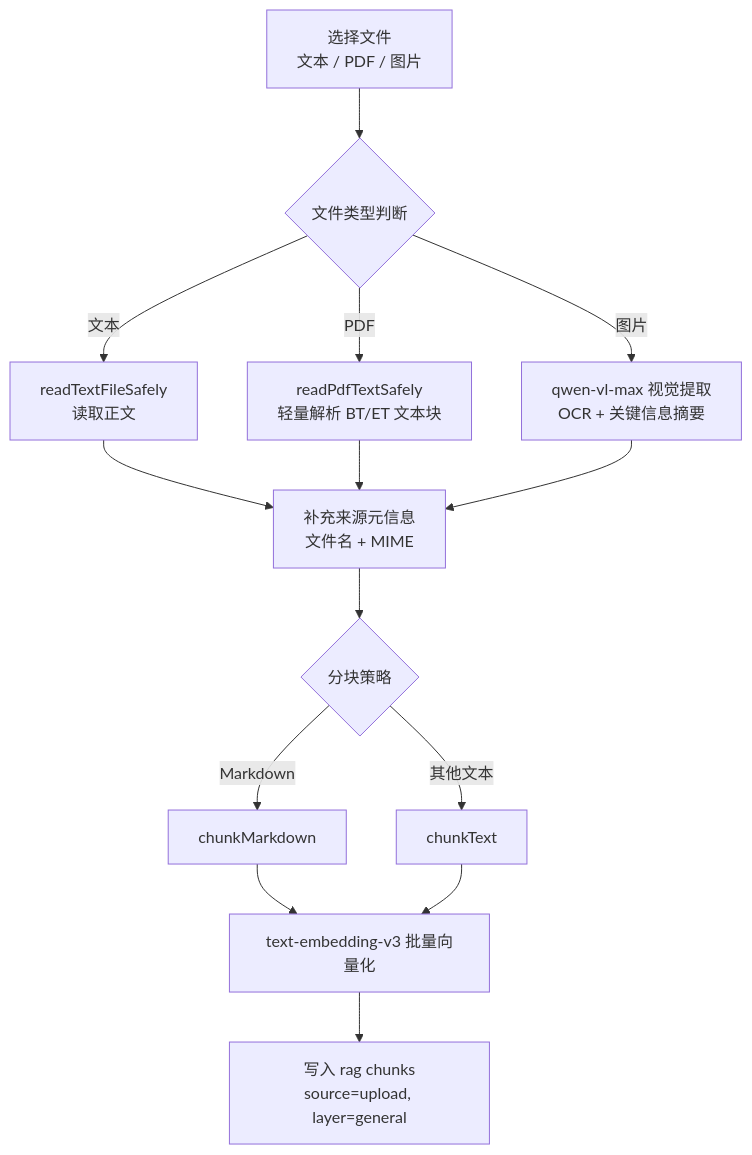
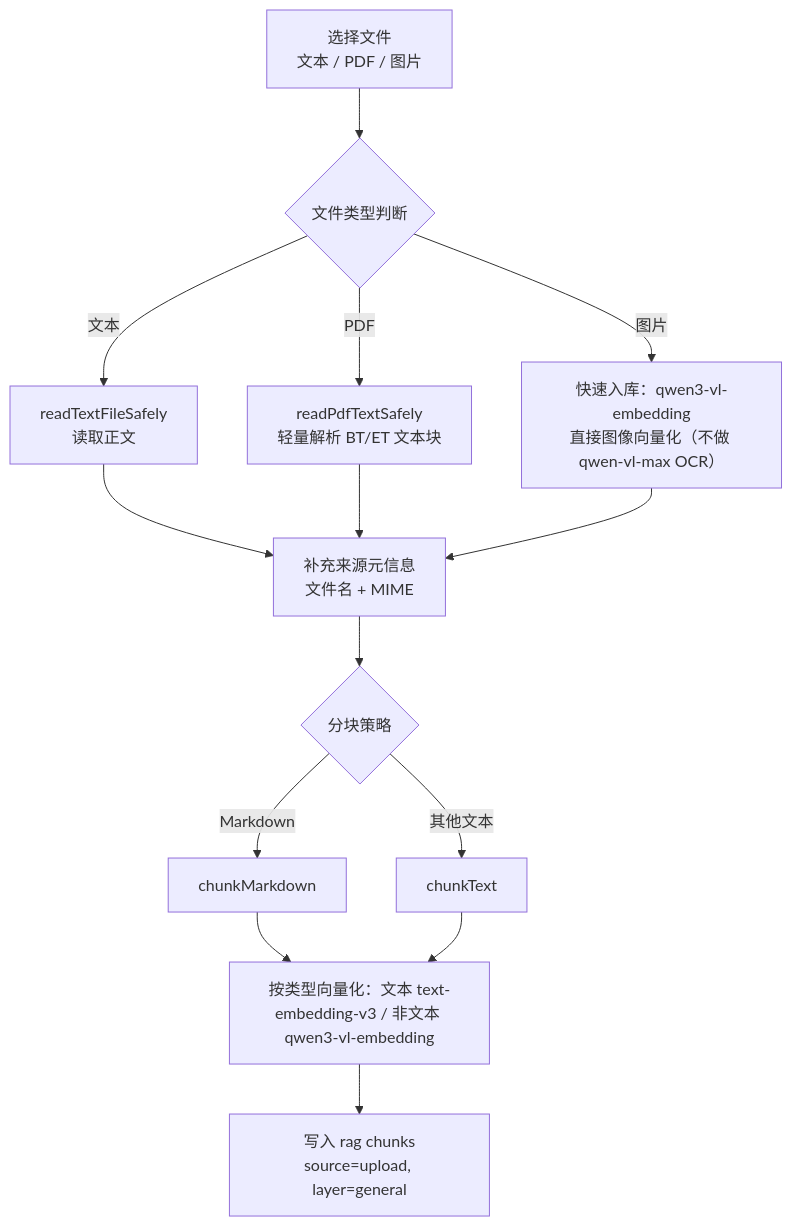
One commit to jitok123/AI-Assistant-Anywhere changed the fourth of 7 diagrams in 架构文档/log10_rag_architecture.md. Above: the diagram before and after it, drawn with Mermaid. The commit also changed other lines of this file and 24 other files, not shown here.

````diff
--- a/架构文档/log10_rag_architecture.md
+++ b/架构文档/log10_rag_architecture.md
@@ -106,18 +106,18 @@
 ```mermaid
 flowchart TD
     PICK["选择文件\n文本 / PDF / 图片"] --> KIND{"文件类型判断"}
     KIND -->|文本| TXT["readTextFileSafely\n读取正文"]
     KIND -->|PDF| PDF["readPdfTextSafely\n轻量解析 BT/ET 文本块"]
-    KIND -->|图片| IMG["qwen-vl-max 视觉提取\nOCR + 关键信息摘要"]
+    KIND -->|图片| IMG["快速入库：qwen3-vl-embedding\n直接图像向量化（不做 qwen-vl-max OCR）"]
 
     TXT --> MERGE["补充来源元信息\n文件名 + MIME"]
     PDF --> MERGE
     IMG --> MERGE
 
     MERGE --> CHUNK{"分块策略"}
     CHUNK -->|Markdown| MDCHUNK["chunkMarkdown"]
     CHUNK -->|其他文本| TXCHUNK["chunkText"]
-    MDCHUNK --> EMB["text-embedding-v3 批量向量化"]
+    MDCHUNK --> EMB["按类型向量化：文本 text-embedding-v3 / 非文本 qwen3-vl-embedding"]
     TXCHUNK --> EMB
     EMB --> DB["写入 rag chunks\nsource=upload, layer=general"]
 ```
````
